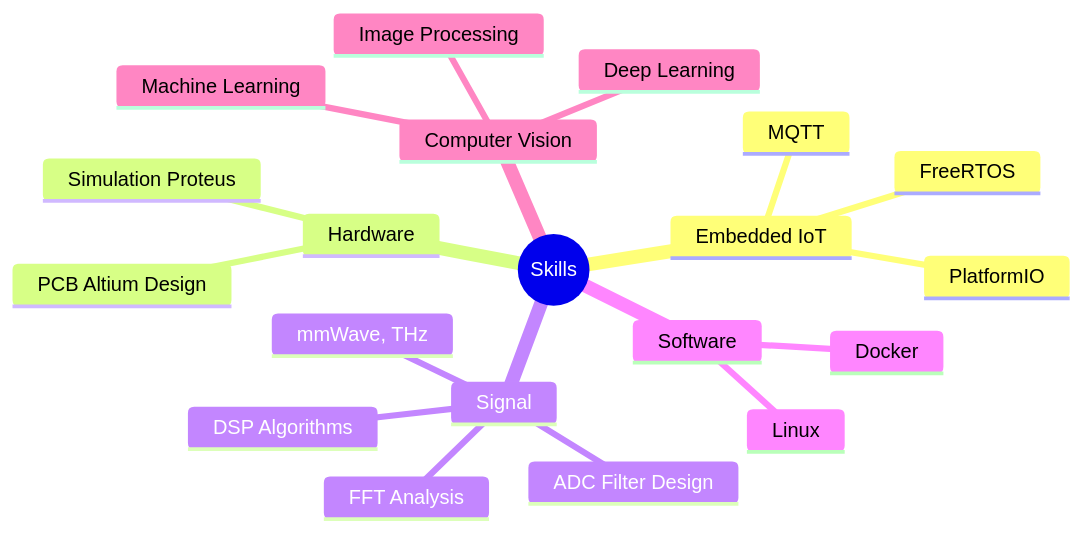
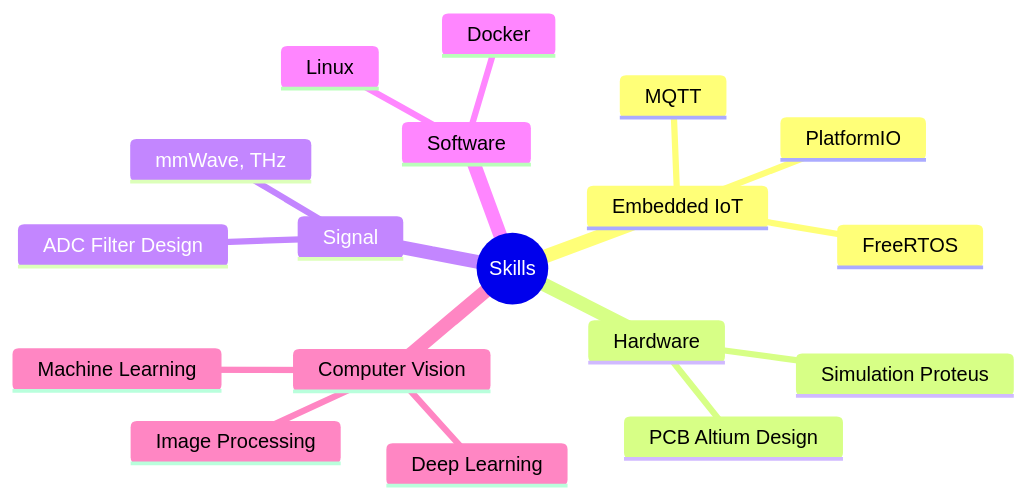
Before and after one commit to bathanh0309/bathanh0309: the diagram in README.md, drawn with Mermaid.

````diff
--- a/README.md
+++ b/README.md
@@ -139,23 +139,21 @@
 ```mermaid
 mindmap
   root((Skills))
     Embedded IoT
       MQTT
       FreeRTOS
       PlatformIO
     Hardware
       Simulation Proteus
       PCB Altium Design
     Signal
       mmWave, THz
       ADC Filter Design
-      DSP Algorithms
-      FFT Analysis
     Software
       Linux
       Docker
     Computer Vision
       Machine Learning
       Deep Learning
       Image Processing
 ```
````
